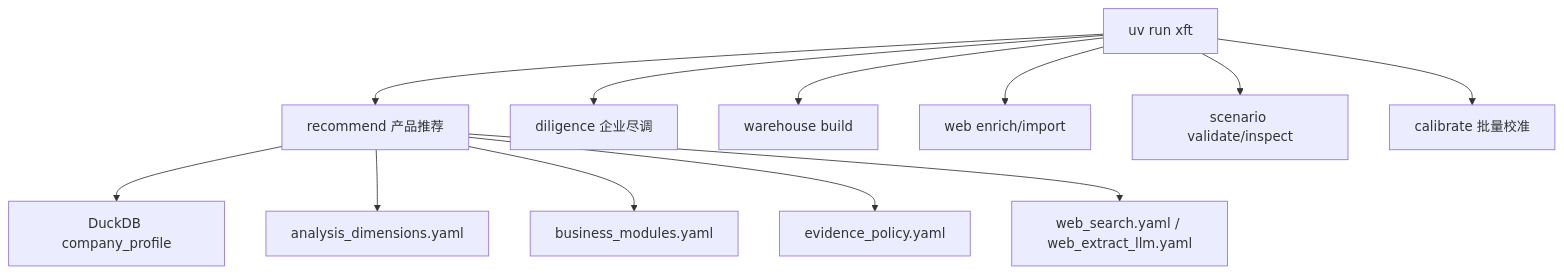
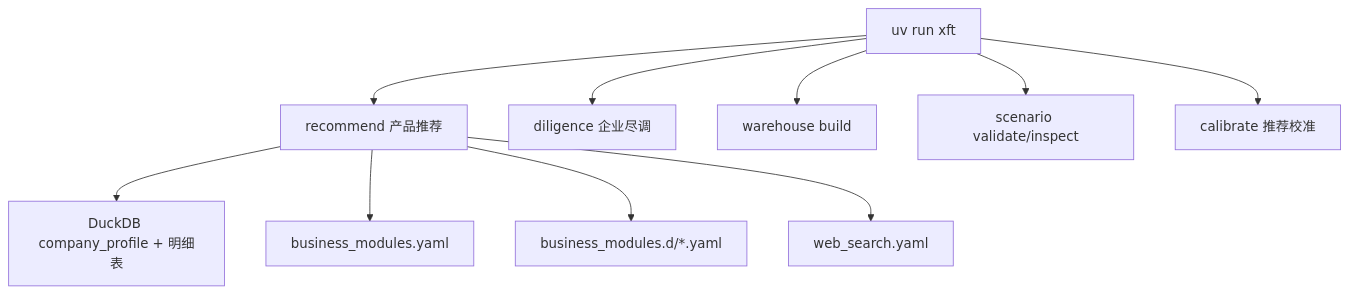
The first of 3 diagrams in docs/ARCHITECTURE.md (leeing/xft-dd), drawn with Mermaid before and after one commit. The commit also changed other lines of this file and 5 other files, not shown here.

First line of the commit message:
📝 docs: update architecture and guides for indicator-level web search

````diff
--- a/docs/ARCHITECTURE.md
+++ b/docs/ARCHITECTURE.md
@@ -7,15 +7,13 @@
 ```mermaid
 flowchart TB
     cli["uv run xft"] --> recommend["recommend 产品推荐"]
     cli --> diligence["diligence 企业尽调"]
     cli --> warehouse["warehouse build"]
-    cli --> web["web enrich/import"]
     cli --> scenario["scenario validate/inspect"]
-    cli --> calibrate["calibrate 批量校准"]
+    cli --> calibrate["calibrate 推荐校准"]
 
-    recommend --> wh["DuckDB company_profile"]
-    recommend --> dims["analysis_dimensions.yaml"]
-    recommend --> biz["business_modules.yaml"]
-    recommend --> evidence["evidence_policy.yaml"]
-    recommend --> webconf["web_search.yaml / web_extract_llm.yaml"]
+    recommend --> wh["DuckDB company_profile + 明细表"]
+    recommend --> bizroot["business_modules.yaml"]
+    recommend --> bizdir["business_modules.d/*.yaml"]
+    recommend --> webconf["web_search.yaml"]
 ```
````
